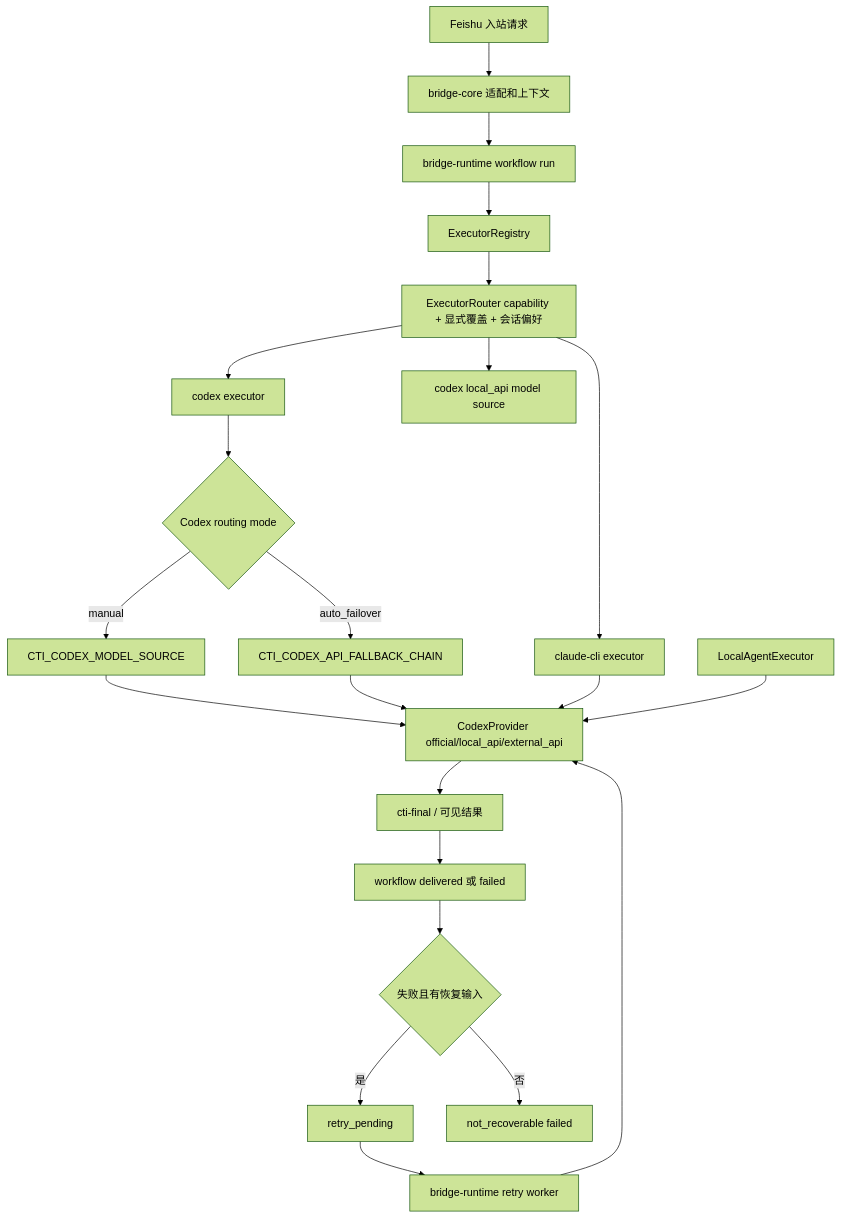
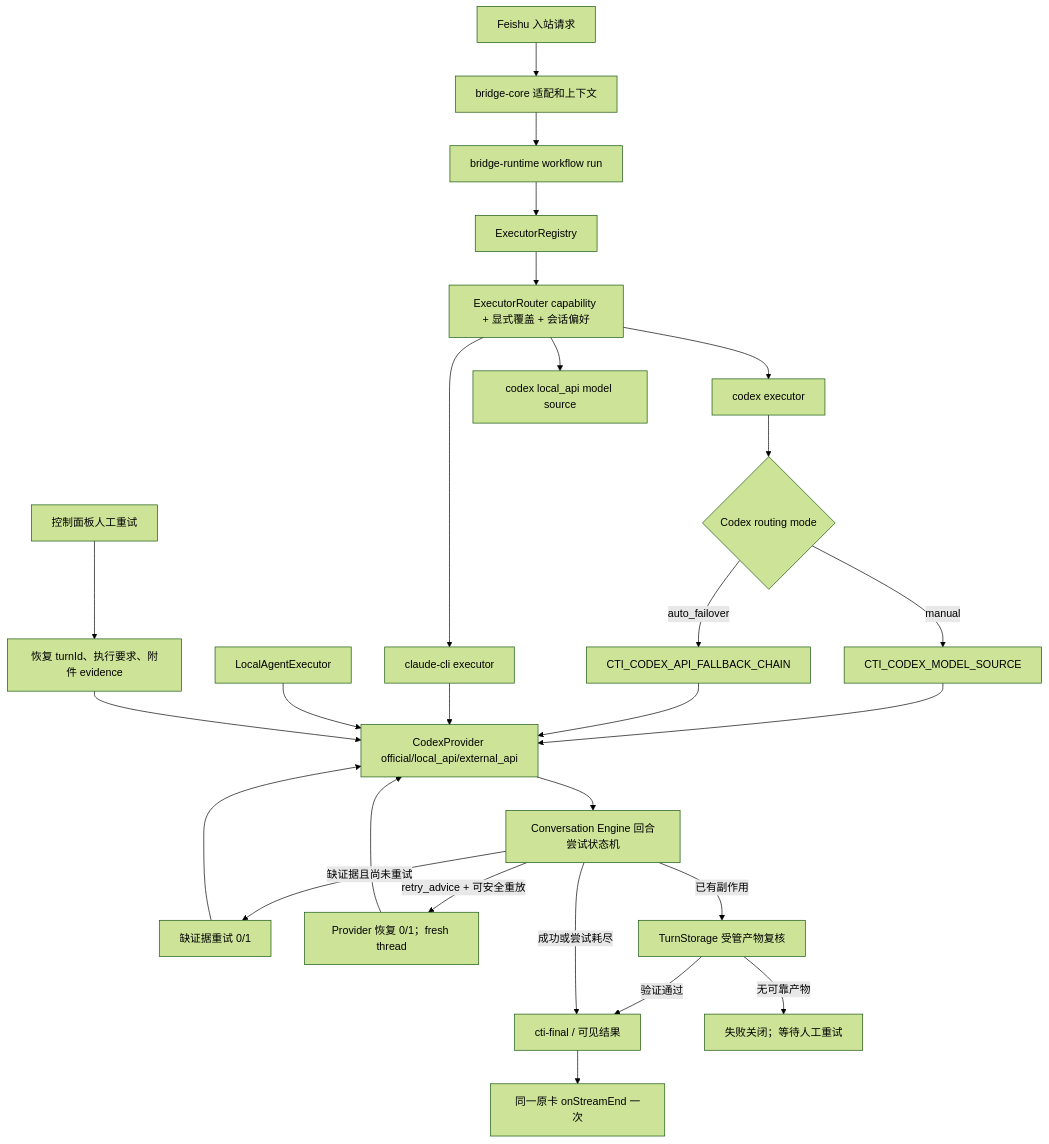
One commit to dddfuxi/codex-im-suite changed diagram 17 of 21 in docs/PROJECT-ARCHITECTURE.md. Above: the diagram before and after it, drawn with Mermaid (forest theme). The commit also changed other lines of this file and 264 other files, not shown here.

````diff
--- a/docs/PROJECT-ARCHITECTURE.md
+++ b/docs/PROJECT-ARCHITECTURE.md
@@ -881,24 +901,29 @@
 ```mermaid
 flowchart TD
   Inbound[Feishu 入站请求] --> CoreAdapter[bridge-core 适配和上下文]
   CoreAdapter --> Workflow[bridge-runtime workflow run]
   Workflow --> Registry[ExecutorRegistry]
   Registry --> Router[ExecutorRouter capability + 显式覆盖 + 会话偏好]
   Router --> CodexExecutor[codex executor]
   Router --> ClaudeExecutor[claude-cli executor]
   Router --> CodexLocalSource[codex local_api model source]
   CodexExecutor --> CodexRouting{Codex routing mode}
   CodexRouting -->|manual| ManualSource[CTI_CODEX_MODEL_SOURCE]
   CodexRouting -->|auto_failover| Chain[CTI_CODEX_API_FALLBACK_CHAIN]
   ManualSource --> Provider[CodexProvider official/local_api/external_api]
   Chain --> Provider
   ClaudeExecutor --> Provider
   LocalAgentExecutor --> Provider
-  Provider --> FinalResponse[cti-final / 可见结果]
-  FinalResponse --> WorkflowDone[workflow delivered 或 failed]
-  WorkflowDone --> RetryState{失败且有恢复输入}
-  RetryState -->|是| RetryQueue[retry_pending]
-  RetryQueue --> RetryWorker[bridge-runtime retry worker]
-  RetryWorker --> Provider
-  RetryState -->|否| NotRecoverable[not_recoverable failed]
+  Provider --> AttemptState["Conversation Engine 回合尝试状态机"]
+  AttemptState -->|"缺证据且尚未重试"| EvidenceRetry["缺证据重试 0/1"]
+  EvidenceRetry --> Provider
+  AttemptState -->|"retry_advice + 可安全重放"| ProviderRetry["Provider 恢复 0/1；fresh thread"]
+  ProviderRetry --> Provider
+  AttemptState -->|"已有副作用"| ArtifactCheck["TurnStorage 受管产物复核"]
+  ArtifactCheck -->|"验证通过"| FinalResponse["cti-final / 可见结果"]
+  ArtifactCheck -->|"无可靠产物"| ManualOnly["失败关闭；等待人工重试"]
+  AttemptState -->|"成功或尝试耗尽"| FinalResponse
+  FinalResponse --> SingleTerminal["同一原卡 onStreamEnd 一次"]
+  ManualRetry["控制面板人工重试"] --> RecoveryInput["恢复 turnId、执行要求、附件 evidence"]
+  RecoveryInput --> Provider
 ```
````
